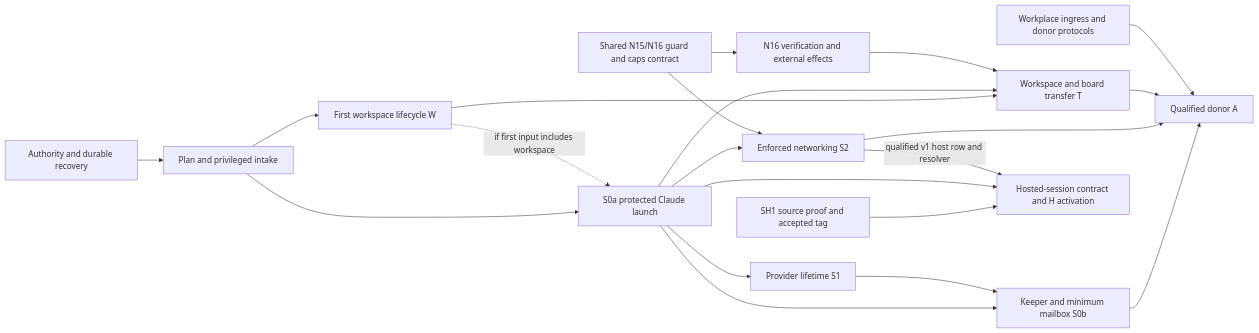
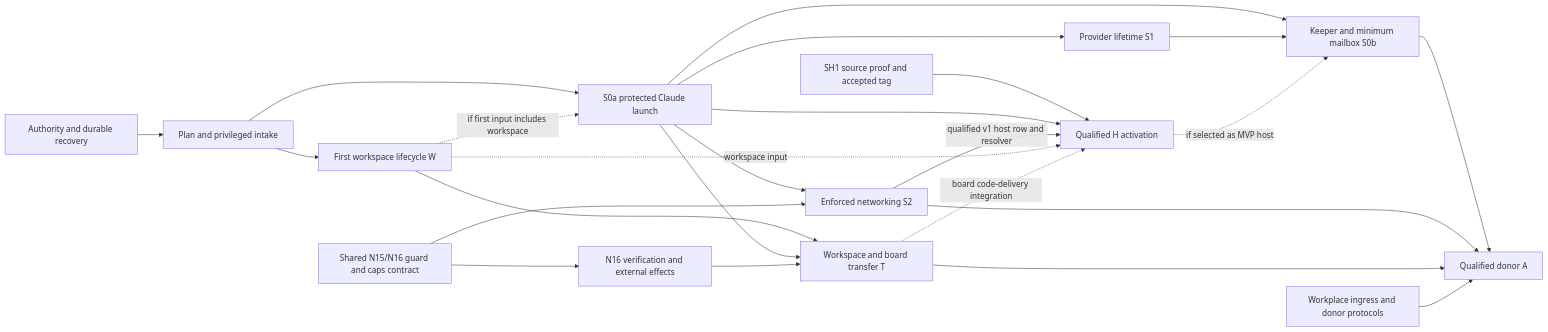
The diagram in impl/sections/dependency-contract-freezing.md (relux-works/swarma-architecture-review), drawn with Mermaid before and after one commit. The commit also changed other lines of this file, not shown here.

Commit message:
Clarify implementation evidence and conditional host dependencies

````diff
--- a/impl/sections/dependency-contract-freezing.md
+++ b/impl/sections/dependency-contract-freezing.md
@@ -46,23 +47,26 @@
 ```mermaid
 flowchart LR
     A[Authority and durable recovery] --> L[Plan and privileged intake]
     L --> C[S0a protected Claude launch]
     C --> M[Keeper and minimum mailbox S0b]
     C --> P[Provider lifetime S1]
     P --> M
     C --> N[Enforced networking S2]
     L --> W[First workspace lifecycle W]
     W -. if first input includes workspace .-> C
     W --> T
     C --> T[Workspace and board transfer T]
     G[Shared N15/N16 guard and caps contract] --> N
     G --> V[N16 verification and external effects]
     V --> T
     M --> R[Qualified donor A]
     N --> R
     T --> R
     Q[Workplace ingress and donor protocols] --> R
-    E[SH1 source proof and accepted tag] --> H[Hosted-session contract and H activation]
+    E[SH1 source proof and accepted tag] --> H[Qualified H activation]
     C --> H
     N -->|qualified v1 host row and resolver| H
+    W -. workspace input .-> H
+    T -. board code-delivery integration .-> H
+    H -. if selected as MVP host .-> M
 ```
````
